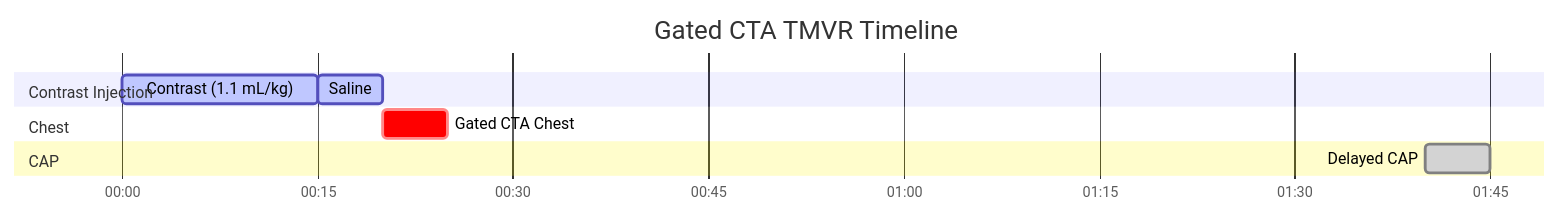
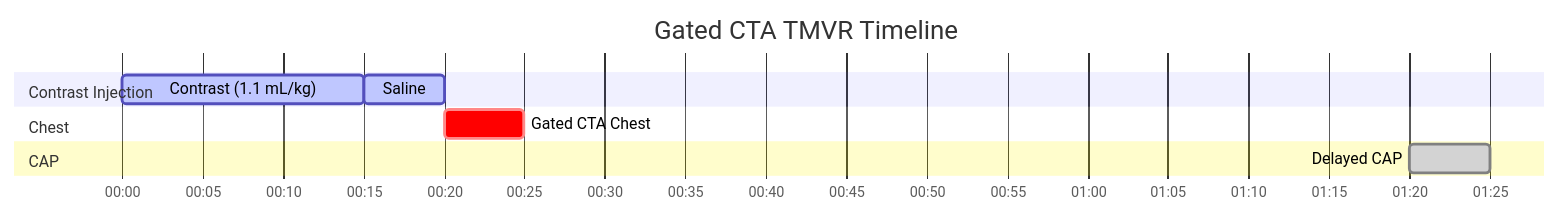
Before and after one commit to dfergs93/radiology-protocols: the diagram in docs/ct/cardiac/gated-cta-tmvr.md, drawn with Mermaid. The commit also changed 3 other files, not shown here.

````diff
--- a/docs/ct/cardiac/gated-cta-tmvr.md
+++ b/docs/ct/cardiac/gated-cta-tmvr.md
@@ -88,20 +88,20 @@
   ```mermaid
   ---
   displayMode: compact
   config:
     theme: default
     themeCSS: " #Saline{ fill: #4ed5ff; stroke: #2094f3; } "
   ---
     gantt
       title Gated CTA TMVR Timeline
       dateFormat mm:ss
       axisFormat %M:%S 
       
       section Contrast Injection
       Contrast (1.1 mL/kg)    :active, contrast, 00:00, 15s
       Saline          :active, saline, after contrast, 5s
       section Chest
       Gated CTA Chest    :crit, scan1, after saline, 5s
       section CAP
-      Delayed CAP    :done, scan2, 01:40, 5s
+      Delayed CAP    :done, scan2, 01:20, 5s
   ```
````
